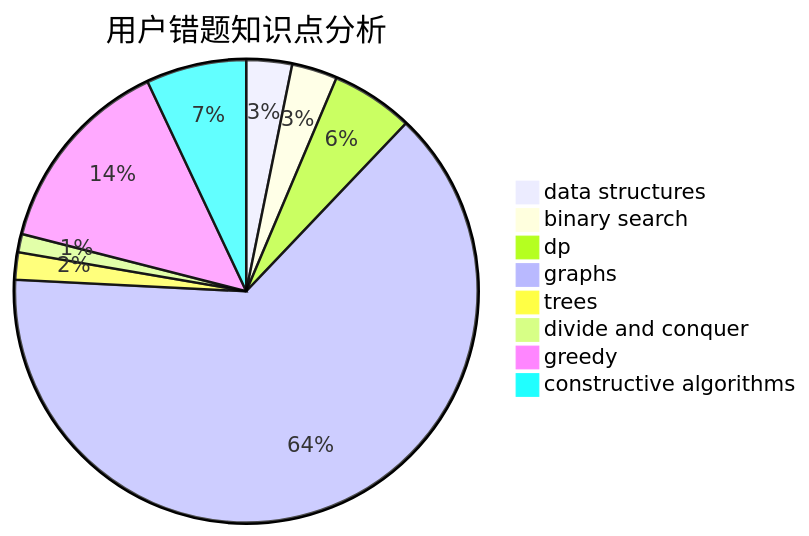
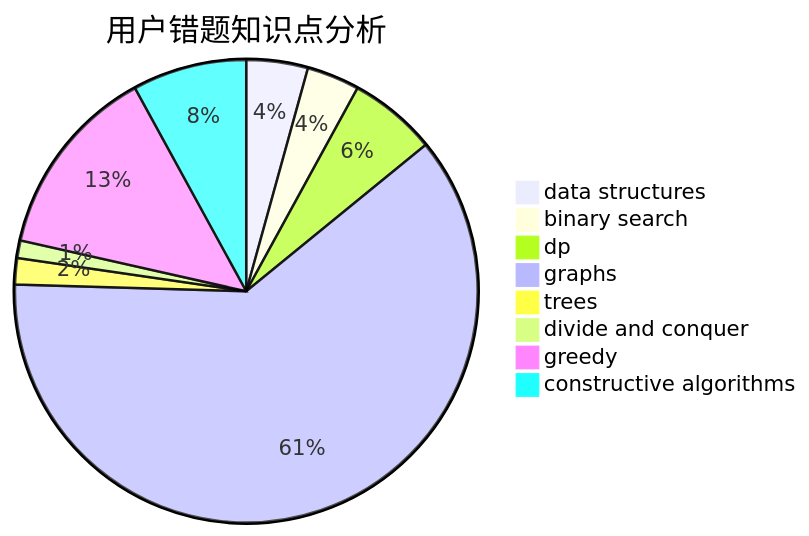
The third of 3 diagrams in docs/user/u2567.md (sherpahu/cfrs.github.io), drawn with Mermaid before and after one commit. The commit also changed other lines of this file and 2770 other files, not shown here.

````diff
--- a/docs/user/u2567.md
+++ b/docs/user/u2567.md
@@ -36,11 +36,11 @@
 ```mermaid
 pie title 用户错题知识点分析
-    "data structures" :  5
-    "binary search" :  5
-    "dp" :  9
+    "data structures" :  7
+    "binary search" :  6
+    "dp" :  10
     "graphs" :  100
     "trees" :  3
     "divide and conquer" :  2
     "greedy" :  22
-    "constructive algorithms" :  11
+    "constructive algorithms" :  13
 ```
````
